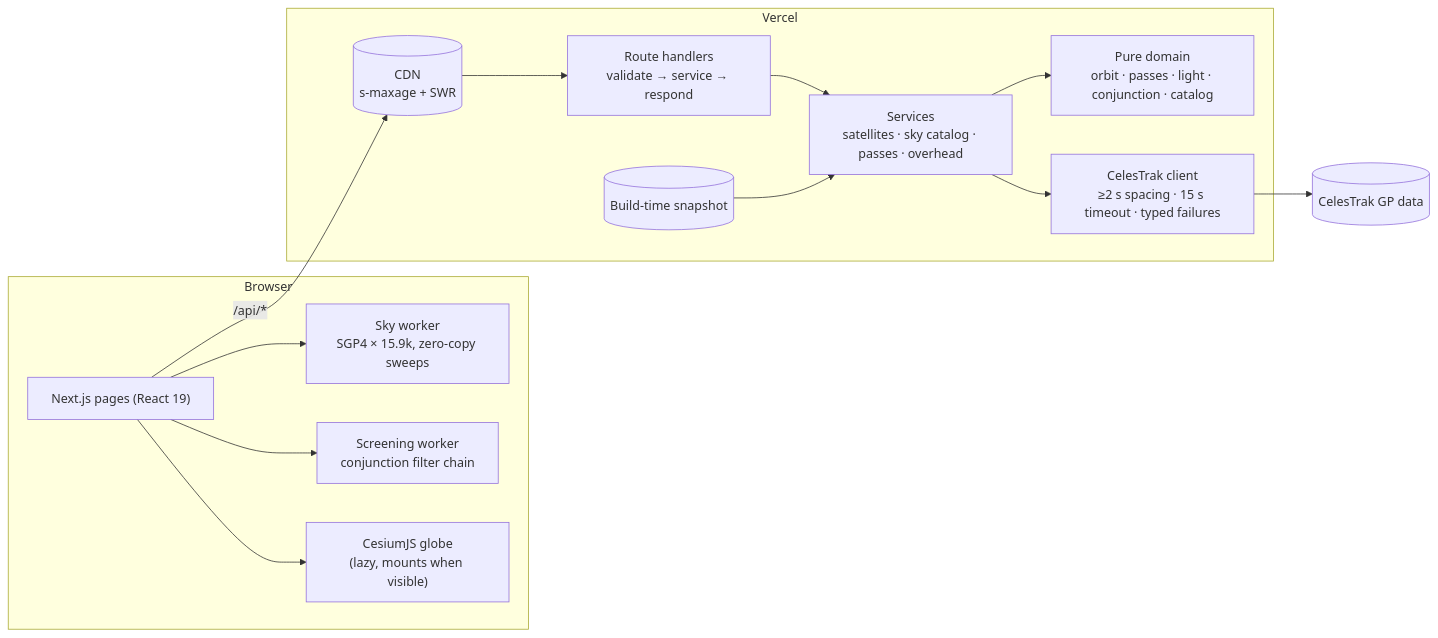
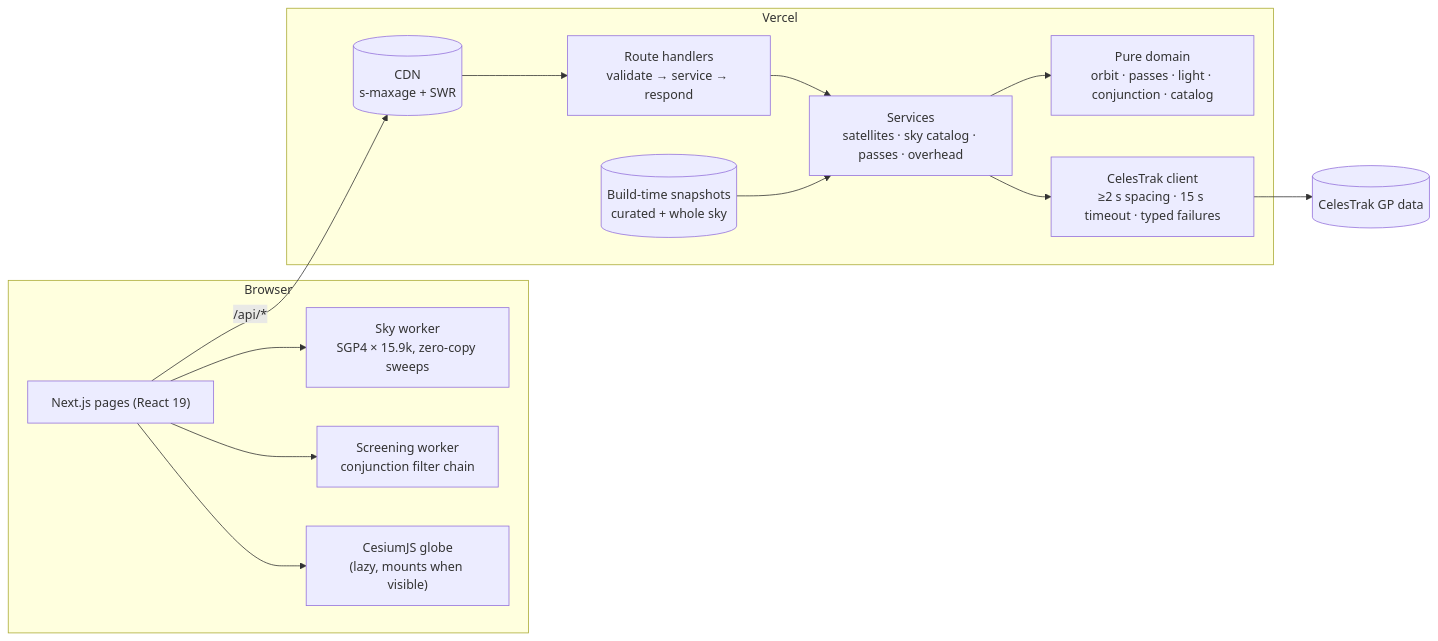
The first of 2 diagrams in README.md (Devligan/orbital-insight), drawn with Mermaid before and after one commit. The commit also changed other lines of this file and 9 other files, not shown here.

````diff
--- a/README.md
+++ b/README.md
@@ -54,23 +54,23 @@
 ```mermaid
 flowchart LR
   subgraph Browser
     UI["Next.js pages (React 19)"]
     SKY["Sky worker<br/>SGP4 × 15.9k, zero-copy sweeps"]
     SCR["Screening worker<br/>conjunction filter chain"]
     GLOBE["CesiumJS globe<br/>(lazy, mounts when visible)"]
     UI --> SKY & SCR & GLOBE
   end
   subgraph Vercel
     CDN[("CDN<br/>s-maxage + SWR")]
     API["Route handlers<br/>validate → service → respond"]
     SVC["Services<br/>satellites · sky catalog · passes · overhead"]
     DOM["Pure domain<br/>orbit · passes · light · conjunction · catalog"]
-    SNAP[("Build-time snapshot")]
+    SNAP[("Build-time snapshots<br/>curated + whole sky")]
     CT["CelesTrak client<br/>≥2 s spacing · 15 s timeout · typed failures"]
     API --> SVC --> DOM
     SNAP --> SVC
     SVC --> CT
   end
   UI -- "/api/*" --> CDN --> API
   CT --> CEL[("CelesTrak GP data")]
 ```
````
